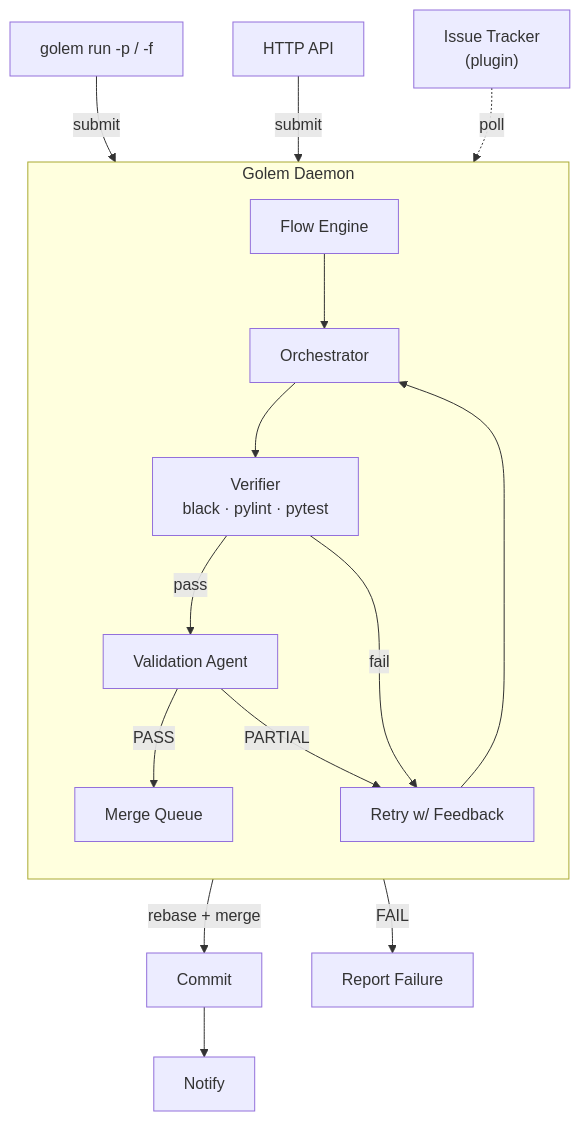
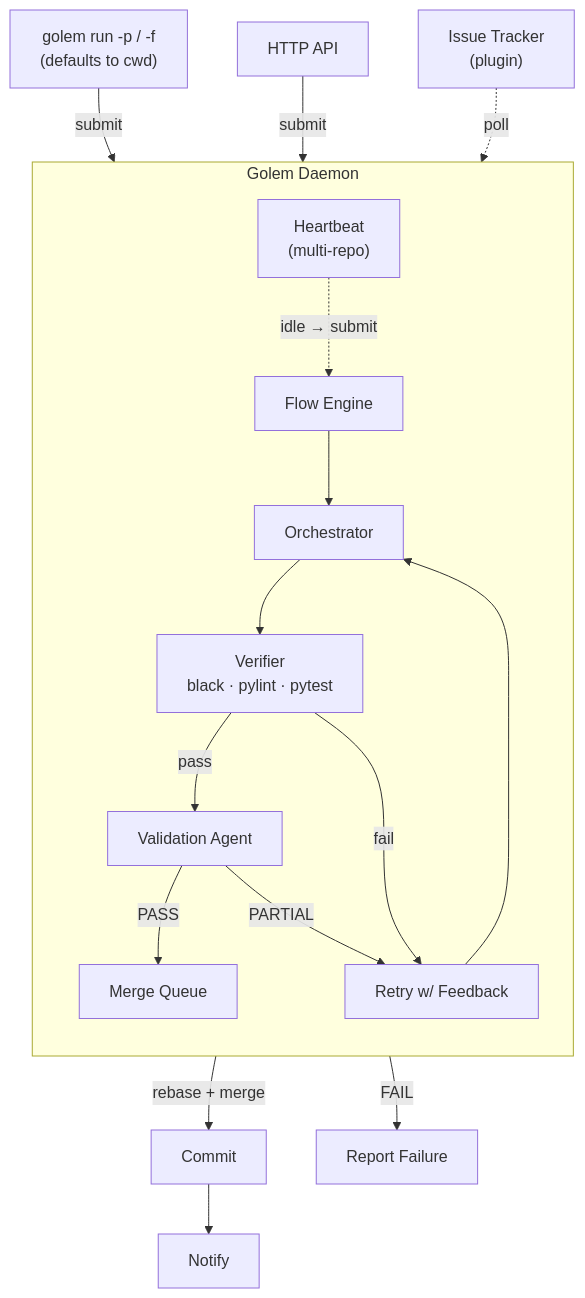
Before and after one commit to itsmeboris/Golem: the diagram in README.md, drawn with Mermaid. The commit also changed other lines of this file and 22 other files, not shown here.

First line of the commit message:
docs: update README, architecture, and operations for v0.2.0

````diff
--- a/README.md
+++ b/README.md
@@ -153,21 +161,22 @@
 ```mermaid
 flowchart TB
-    cli["golem run -p / -f"] -- submit --> flow
+    cli["golem run -p / -f<br/>(defaults to cwd)"] -- submit --> flow
     api["HTTP API"] -- submit --> flow
     tracker["Issue Tracker<br/>(plugin)"] -. poll .-> flow
 
     subgraph daemon ["Golem Daemon"]
         direction TB
         flow["Flow Engine"] --> orch["Orchestrator"]
         orch --> vfy["Verifier<br/>black · pylint · pytest"]
         vfy -- pass --> val["Validation Agent"]
         vfy -- fail --> retry["Retry w/ Feedback"]
         retry --> orch
         val -- PASS --> mq["Merge Queue"]
         val -- PARTIAL --> retry
+        hb["Heartbeat<br/>(multi-repo)"] -. "idle → submit" .-> flow
     end
 
     mq -- "rebase + merge" --> commit["Commit"]
     commit --> notify["Notify"]
     val -- FAIL --> report["Report Failure"]
 ```
````
